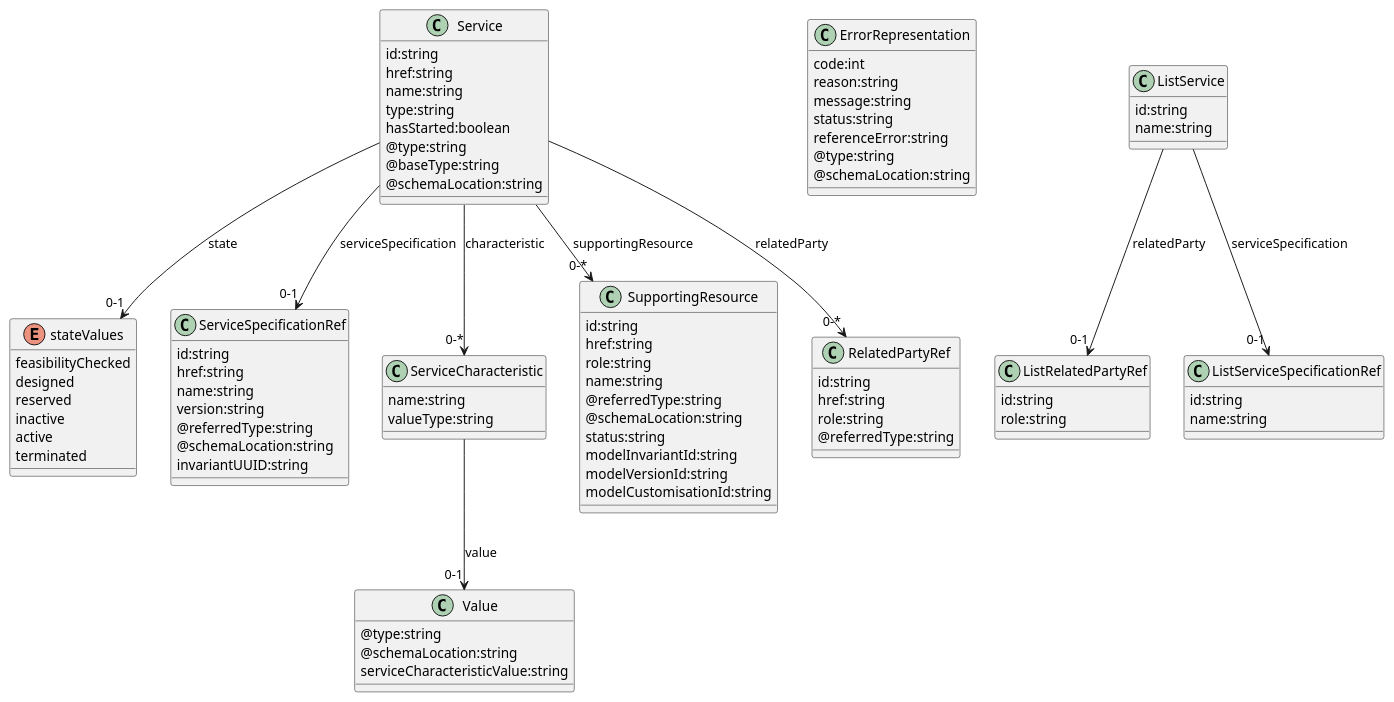
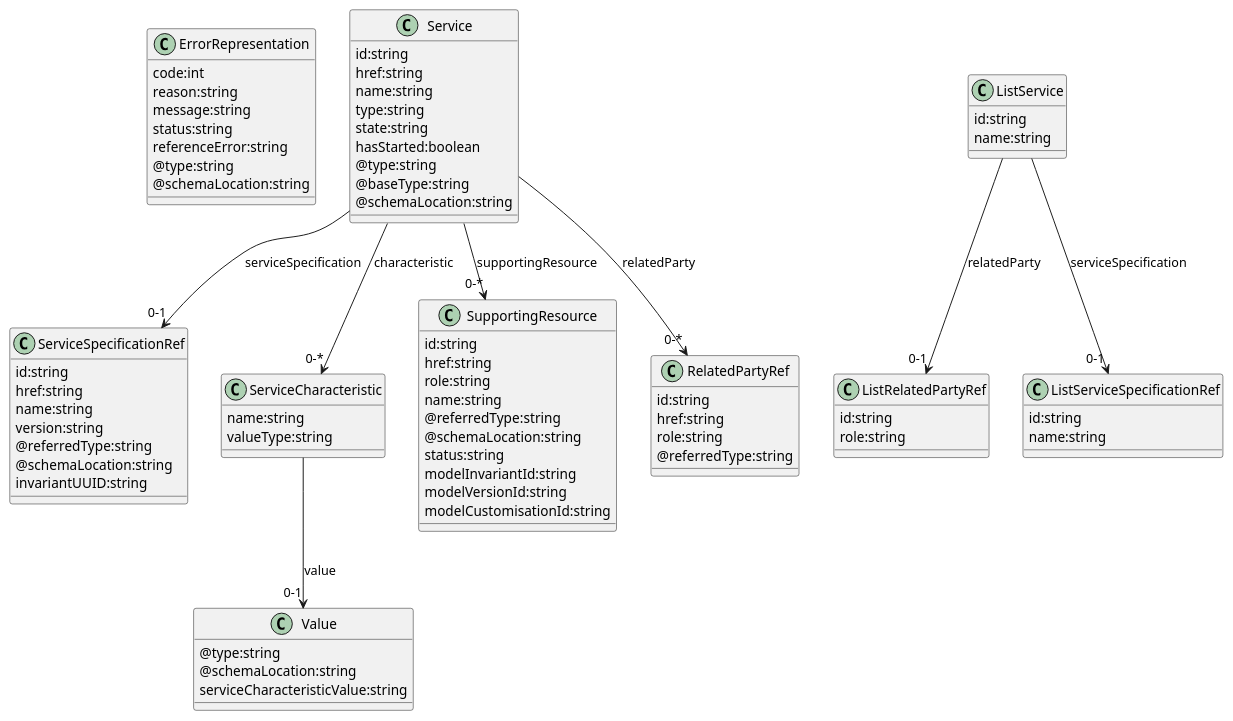
One commit to onap/archived-externalapi-nbi changed the diagram in docs/offeredapis/serviceInventory/apiServiceInventory.plantuml. Above: the diagram before and after it, drawn with PlantUML. The commit also changed other lines of this file and 45 other files, not shown here.

```diff
--- a/docs/offeredapis/serviceInventory/apiServiceInventory.plantuml
+++ b/docs/offeredapis/serviceInventory/apiServiceInventory.plantuml
@@ -5,97 +1,89 @@
 @startuml
 
-enum stateValues {
-   feasibilityChecked
-   designed
-   reserved
-   inactive
-   active
-   terminated
-}
 
 class ErrorRepresentation {
    code:int
    reason:string
    message:string
    status:string
    referenceError:string
    @type:string
    @schemaLocation:string
 }
 
 class Service {
    id:string
    href:string
    name:string
    type:string
+   state:string
    hasStarted:boolean
    @type:string
    @baseType:string
    @schemaLocation:string
 }
-   Service --> "0-1" stateValues : state
    Service --> "0-1" ServiceSpecificationRef : serviceSpecification
    Service --> "0-*" ServiceCharacteristic : characteristic
    Service --> "0-*" SupportingResource : supportingResource
    Service --> "0-*" RelatedPartyRef : relatedParty
 
 class ServiceSpecificationRef {
    id:string
    href:string
    name:string
    version:string
    @referredType:string
    @schemaLocation:string
    invariantUUID:string
 }
 
 class ServiceCharacteristic {
    name:string
    valueType:string
 }
    ServiceCharacteristic --> "0-1" Value : value
 
 class SupportingResource {
    id:string
    href:string
    role:string
    name:string
    @referredType:string
    @schemaLocation:string
    status:string
    modelInvariantId:string
    modelVersionId:string
    modelCustomisationId:string
 }
 
 class RelatedPartyRef {
    id:string
    href:string
    role:string
    @referredType:string
 }
 
 class Value {
    @type:string
    @schemaLocation:string
    serviceCharacteristicValue:string
 }
 
 class ListRelatedPartyRef {
    id:string
    role:string
 }
 
 class ListServiceSpecificationRef {
    id:string
    name:string
 }
 
 class ListService {
    id:string
    name:string
 }
    ListService --> "0-1" ListServiceSpecificationRef : serviceSpecification
    ListService --> "0-1" ListRelatedPartyRef : relatedParty
 
 @enduml
```
